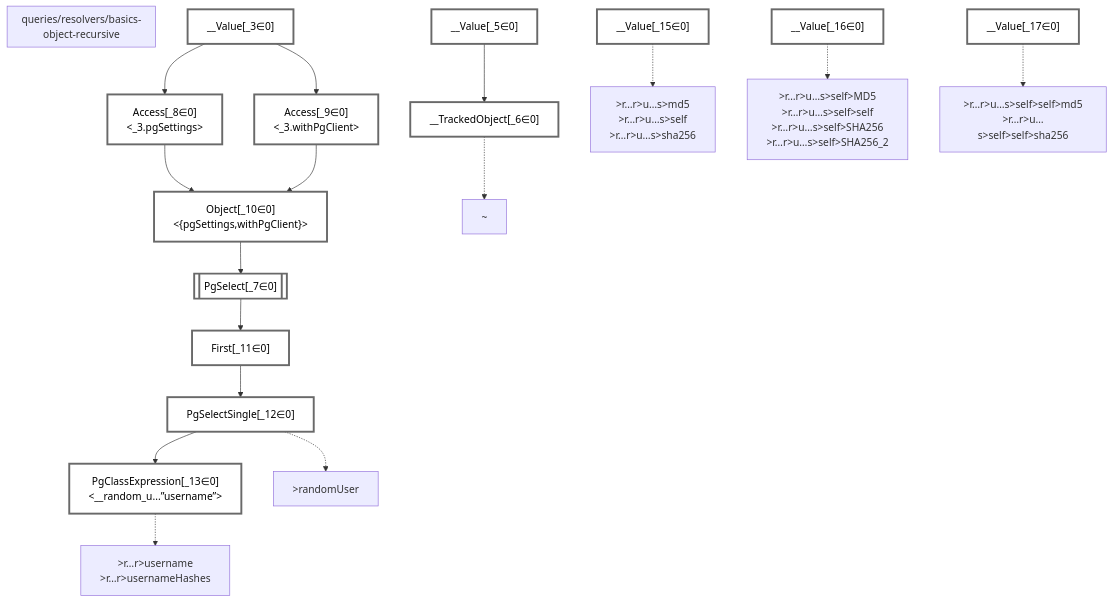
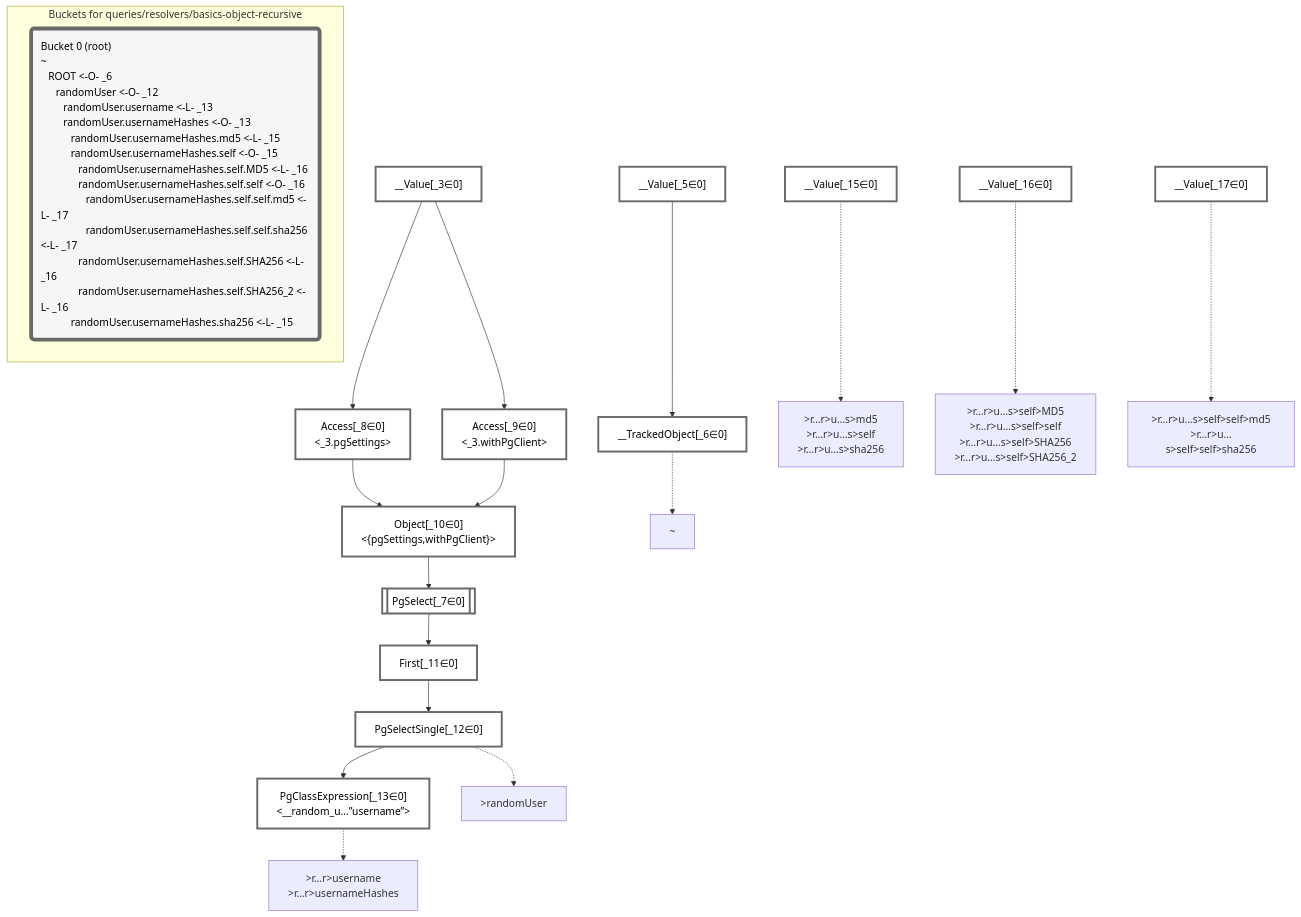
One commit to graphile/crystal changed the diagram in packages/dataplan-pg/__tests__/queries/resolvers/basics-object-recursive.mermaid.md. Above: the diagram before and after it, drawn with Mermaid. The commit also changed 37 other files, not shown here.

````diff
--- a/packages/dataplan-pg/__tests__/queries/resolvers/basics-object-recursive.mermaid.md
+++ b/packages/dataplan-pg/__tests__/queries/resolvers/basics-object-recursive.mermaid.md
@@ -1,55 +1,58 @@
 ```mermaid
 graph TD
-    subgraph "queries/resolvers/basics-object-recursive"
-    end
     classDef path fill:#eee,stroke:#000,color:#000
     classDef plan fill:#fff,stroke-width:3px,color:#000
     classDef itemplan fill:#fff,stroke-width:6px,color:#000
     classDef sideeffectplan fill:#f00,stroke-width:6px,color:#000
     classDef bucket fill:#f6f6f6,color:#000,stroke-width:6px,text-align:left
 
 
     %% define plans
     __Value_3["__Value[_3∈0]<br /><context>"]:::plan
     __Value_5["__Value[_5∈0]<br /><rootValue>"]:::plan
     __TrackedObject_6["__TrackedObject[_6∈0]"]:::plan
     PgSelect_7[["PgSelect[_7∈0]<br /><random_user>"]]:::plan
     Access_8["Access[_8∈0]<br /><_3.pgSettings>"]:::plan
     Access_9["Access[_9∈0]<br /><_3.withPgClient>"]:::plan
     Object_10["Object[_10∈0]<br /><{pgSettings,withPgClient}>"]:::plan
     First_11["First[_11∈0]"]:::plan
     PgSelectSingle_12["PgSelectSingle[_12∈0]<br /><users>"]:::plan
     PgClassExpression_13["PgClassExpression[_13∈0]<br /><__random_u...”username”>"]:::plan
     __Value_15["__Value[_15∈0]"]:::plan
     __Value_16["__Value[_16∈0]"]:::plan
     __Value_17["__Value[_17∈0]"]:::plan
 
     %% plan dependencies
     __Value_5 --> __TrackedObject_6
     Object_10 --> PgSelect_7
     __Value_3 --> Access_8
     __Value_3 --> Access_9
     Access_8 --> Object_10
     Access_9 --> Object_10
     PgSelect_7 --> First_11
     First_11 --> PgSelectSingle_12
     PgSelectSingle_12 --> PgClassExpression_13
 
     %% plan-to-path relationships
     P_6["~"]
     __TrackedObject_6 -.-> P_6
     P_12[">randomUser"]
     PgSelectSingle_12 -.-> P_12
     P_13[">r…r>username<br />>r…r>usernameHashes"]
     PgClassExpression_13 -.-> P_13
     P_15[">r…r>u…s>md5<br />>r…r>u…s>self<br />>r…r>u…s>sha256"]
     __Value_15 -.-> P_15
     P_16[">r…r>u…s>self>MD5<br />>r…r>u…s>self>self<br />>r…r>u…s>self>SHA256<br />>r…r>u…s>self>SHA256_2"]
     __Value_16 -.-> P_16
     P_17[">r…r>u…s>self>self>md5<br />>r…r>u…s>self>self>sha256"]
     __Value_17 -.-> P_17
 
     %% allocate buckets
     classDef bucket0 stroke:#696969
     class __Value_3,__Value_5,__TrackedObject_6,PgSelect_7,Access_8,Access_9,Object_10,First_11,PgSelectSingle_12,PgClassExpression_13,__Value_15,__Value_16,__Value_17 bucket0
+
+    subgraph "Buckets for queries/resolvers/basics-object-recursive"
+    Bucket0("Bucket 0 (root)<br />~<br />⠀ROOT <-O- _6<br />⠀⠀randomUser <-O- _12<br />⠀⠀⠀randomUser.username <-L- _13<br />⠀⠀⠀randomUser.usernameHashes <-O- _13<br />⠀⠀⠀⠀randomUser.usernameHashes.md5 <-L- _15<br />⠀⠀⠀⠀randomUser.usernameHashes.self <-O- _15<br />⠀⠀⠀⠀⠀randomUser.usernameHashes.self.MD5 <-L- _16<br />⠀⠀⠀⠀⠀randomUser.usernameHashes.self.self <-O- _16<br />⠀⠀⠀⠀⠀⠀randomUser.usernameHashes.self.self.md5 <-L- _17<br />⠀⠀⠀⠀⠀⠀randomUser.usernameHashes.self.self.sha256 <-L- _17<br />⠀⠀⠀⠀⠀randomUser.usernameHashes.self.SHA256 <-L- _16<br />⠀⠀⠀⠀⠀randomUser.usernameHashes.self.SHA256_2 <-L- _16<br />⠀⠀⠀⠀randomUser.usernameHashes.sha256 <-L- _15"):::bucket
+    style Bucket0 stroke:#696969
+    end
 ```
````
